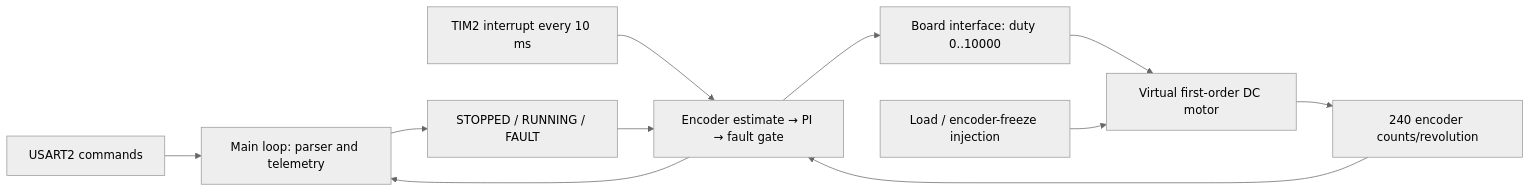
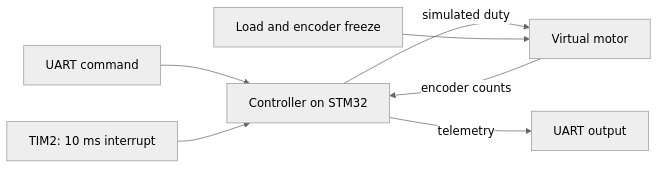
Before and after one commit to Arjun0170/stm32-closed-loop-motor-controller: the diagram in README.md, drawn with Mermaid (neutral theme). The commit also changed other lines of this file and 10 other files, not shown here.

Commit message:
Focus motor demo on virtual feedback, simple PI and three measured events

````diff
--- a/README.md
+++ b/README.md
@@ -57,13 +42,9 @@
 ```mermaid
 flowchart LR
-    UART[USART2 commands] --> MAIN[Main loop: parser and telemetry]
-    MAIN --> STATE[STOPPED / RUNNING / FAULT]
-    TIMER[TIM2 interrupt every 10 ms] --> CONTROL[Encoder estimate → PI → fault gate]
-    STATE --> CONTROL
-    CONTROL --> DUTY[Board interface: duty 0..10000]
-    DUTY --> PLANT[Virtual first-order DC motor]
-    PLANT --> COUNT[240 encoder counts/revolution]
-    COUNT --> CONTROL
-    CONTROL --> MAIN
-    LOAD[Load / encoder-freeze injection] --> PLANT
+    CMD[UART command] --> CTRL[Controller on STM32]
+    TIMER[TIM2: 10 ms interrupt] --> CTRL
+    CTRL -->|simulated duty| MOTOR[Virtual motor]
+    MOTOR -->|encoder counts| CTRL
+    LOAD[Load and encoder freeze] --> MOTOR
+    CTRL -->|telemetry| UART[UART output]
 ```
````
